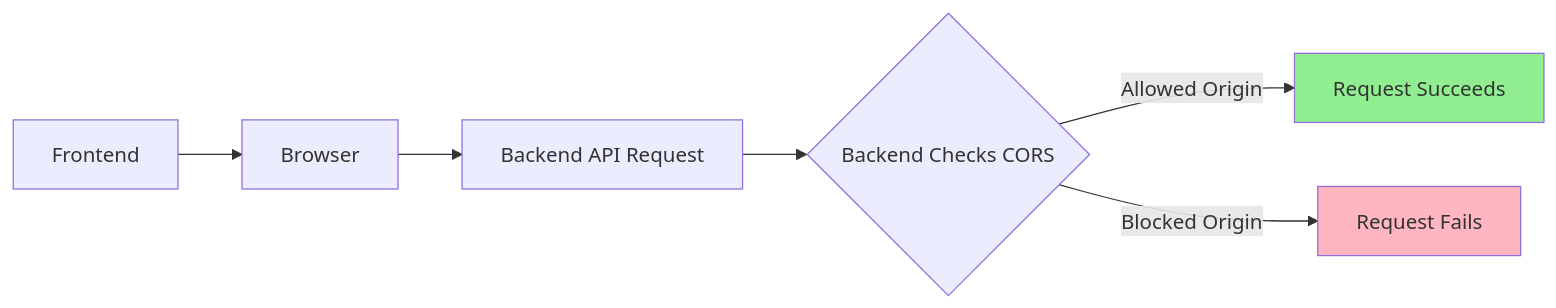
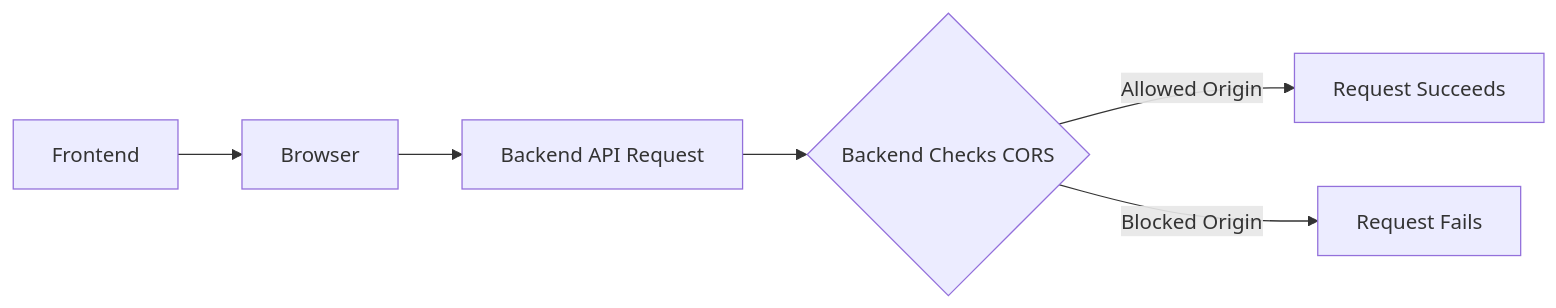
Before and after one commit to 4gh0rn/dev-blog: the seventh of 9 diagrams in docs/projects/conduit-container.md, drawn with Mermaid. The commit also changed other lines of this file and 17 other files, not shown here.

````diff
--- a/docs/projects/conduit-container.md
+++ b/docs/projects/conduit-container.md
@@ -210,11 +192,8 @@
 ```mermaid
 graph LR
     A[Frontend] --> B[Browser]
     B --> C[Backend API Request]
     C --> D{Backend Checks CORS}
     D -->|Allowed Origin| E[Request Succeeds]
     D -->|Blocked Origin| F[Request Fails]
-    
-    style E fill:#90EE90
-    style F fill:#FFB6C1
 ```
````
